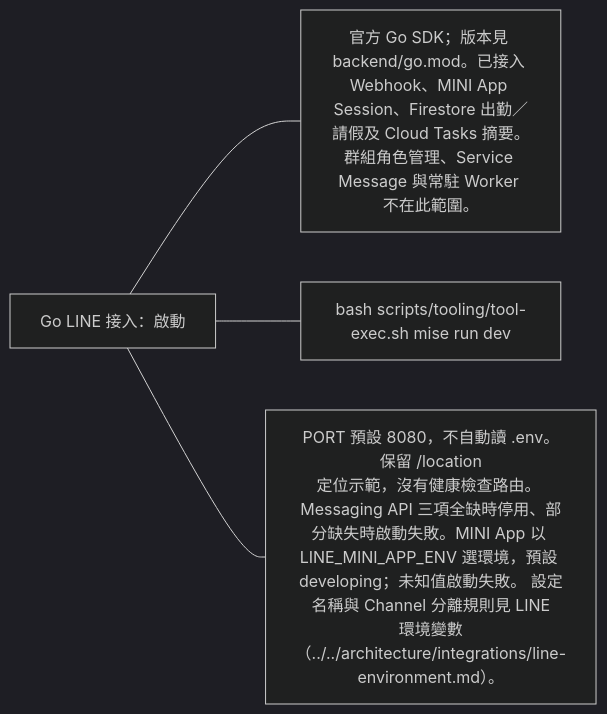
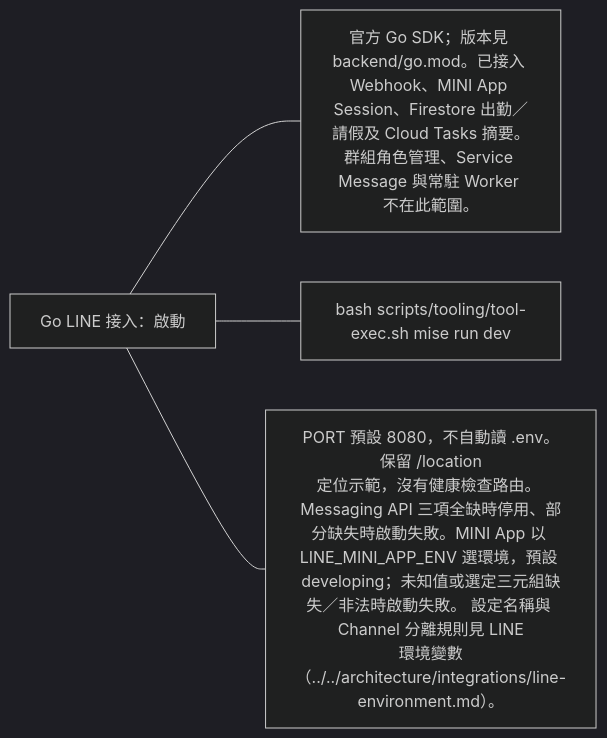
Before and after one commit to 963sup/line-mini-app-bot: the first of 2 diagrams in docs/guides/line-setup/README.md, drawn with Mermaid (dark theme). The commit also changed 18 other files, not shown here.

First line of the commit message:
refactor(config): select MINI App profiles from runtime environment (#36)

````diff
--- a/docs/guides/line-setup/README.md
+++ b/docs/guides/line-setup/README.md
@@ -3,7 +3,7 @@
 ```mermaid
 flowchart LR
   h["Go LINE 接入：啟動"]
   h --- scope["官方 Go SDK；版本見 backend/go.mod。已接入 Webhook、MINI App Session、Firestore 出勤／請假及 Cloud Tasks 摘要。群組角色管理、Service Message 與常駐 Worker 不在此範圍。"]
   h --- n0["bash scripts/tooling/tool-exec.sh mise run dev"]
-  h --- n1["PORT 預設 8080，不自動讀 .env。保留 /location<br/>定位示範，沒有健康檢查路由。 Messaging API 三項全缺時停用、部分缺失時啟動失敗。MINI App 以 LINE_MINI_APP_ENV 選環境，預設 developing；未知值啟動失敗。 設定名稱與 Channel 分離規則見 LINE<br/>環境變數（../../architecture/integrations/line-environment.md）。"]
+  h --- n1["PORT 預設 8080，不自動讀 .env。保留 /location<br/>定位示範，沒有健康檢查路由。 Messaging API 三項全缺時停用、部分缺失時啟動失敗。MINI App 以 LINE_MINI_APP_ENV 選環境，預設 developing；未知值或選定三元組缺失／非法時啟動失敗。 設定名稱與 Channel 分離規則見 LINE<br/>環境變數（../../architecture/integrations/line-environment.md）。"]
 ```
````
